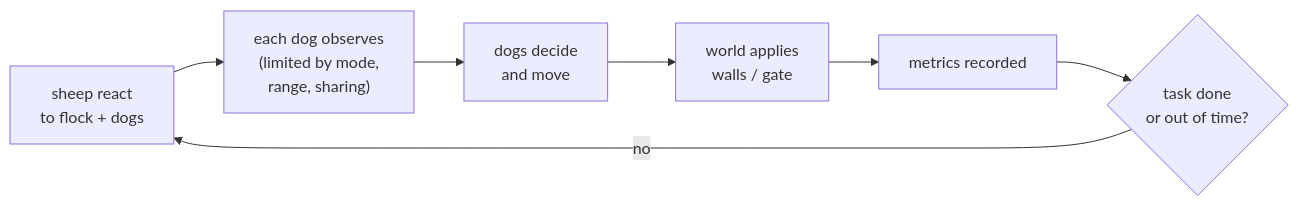
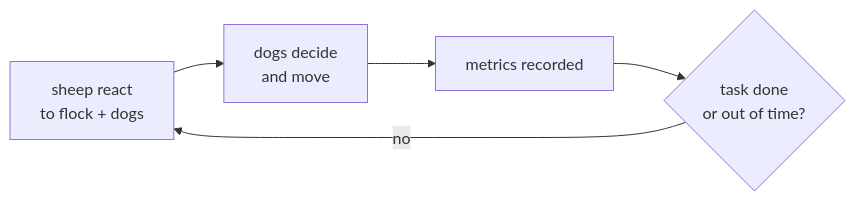
One commit to lykimq/HerdSim changed the second of 3 diagrams in docs/codes/architecture.md. Above: the diagram before and after it, drawn with Mermaid. The commit also changed other lines of this file and 728 other files, not shown here.

````diff
--- a/docs/codes/architecture.md
+++ b/docs/codes/architecture.md
@@ -129,9 +167,7 @@
 ```mermaid
 flowchart LR
-    S["sheep react<br/>to flock + dogs"] --> O["each dog observes<br/>(limited by mode,<br/>range, sharing)"]
-    O --> D["dogs decide<br/>and move"]
-    D --> W["world applies<br/>walls / gate"]
-    W --> M["metrics recorded"]
+    S["sheep react<br/>to flock + dogs"] --> D["dogs decide<br/>and move"]
+    D --> M["metrics recorded"]
     M --> T{"task done<br/>or out of time?"}
     T -- no --> S
 ```
````
